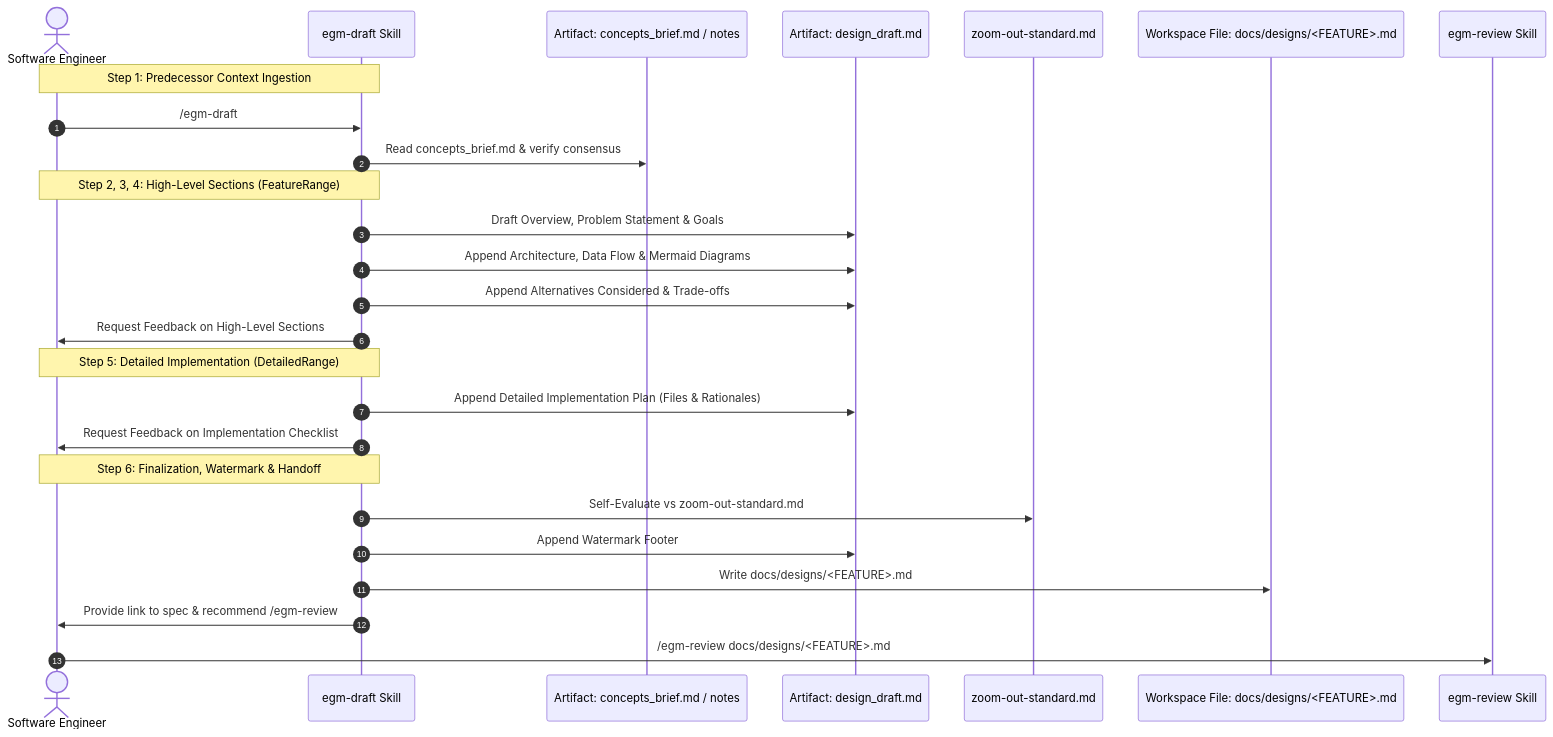
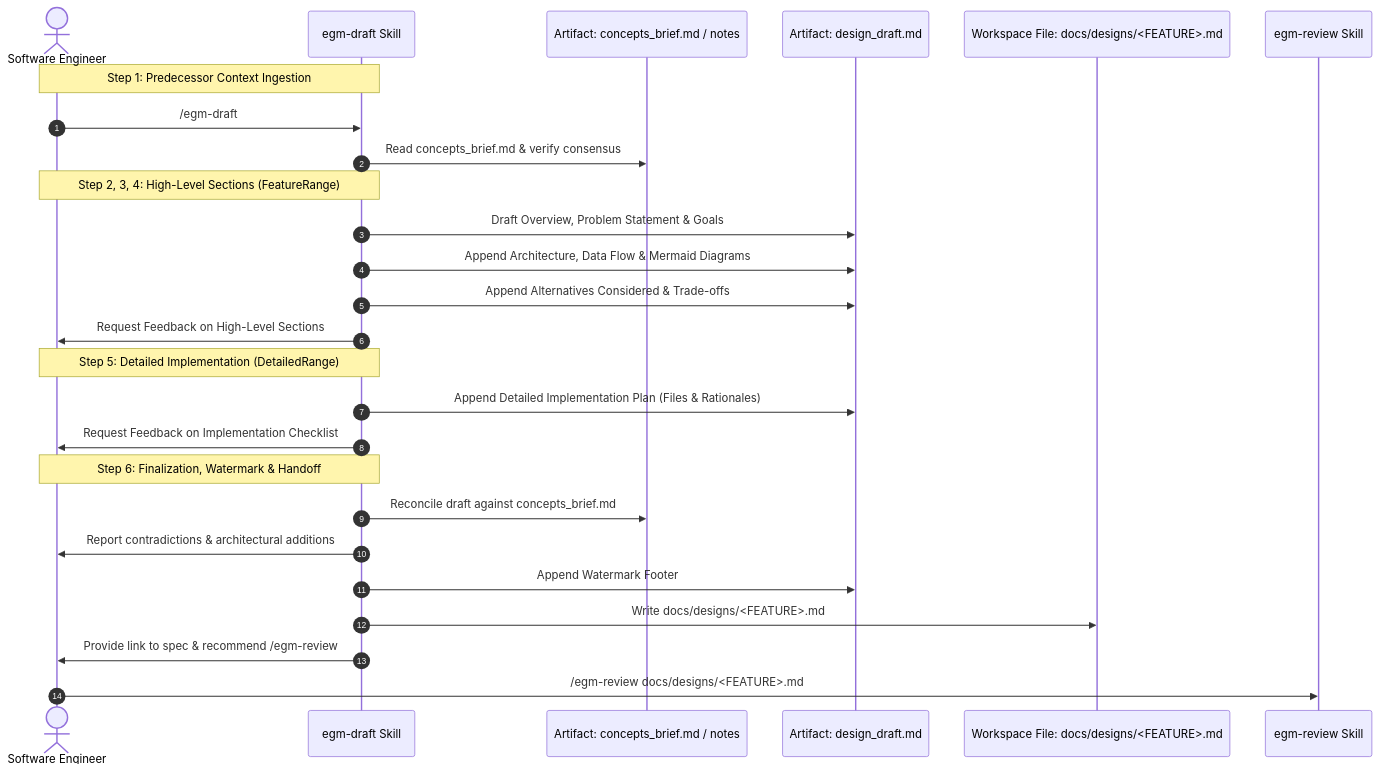
One commit to Aaravkhanal/elephant-goldfish-model changed the diagram in docs/designs/draft.md. Above: the diagram before and after it, drawn with Mermaid. The commit also changed other lines of this file and 6 other files, not shown here.

First line of the commit message:
feat(draft): compare the draft with the brief (#171)

````diff
--- a/docs/designs/draft.md
+++ b/docs/designs/draft.md
@@ -56,32 +56,32 @@
 ```mermaid
 sequenceDiagram
     autonumber
     actor Human as Software Engineer
     participant Draft as egm-draft Skill
     participant Summary as Artifact: concepts_brief.md / notes
     participant DraftArtifact as Artifact: design_draft.md
-    participant ZoomOut as zoom-out-standard.md
     participant Workspace as Workspace File: docs/designs/<FEATURE>.md
     participant Review as egm-review Skill
 
     Note over Human,Draft: Step 1: Predecessor Context Ingestion
     Human->>Draft: /egm-draft
     Draft->>Summary: Read concepts_brief.md & verify consensus
 
     Note over Human,Draft: Step 2, 3, 4: High-Level Sections (FeatureRange)
     Draft->>DraftArtifact: Draft Overview, Problem Statement & Goals
     Draft->>DraftArtifact: Append Architecture, Data Flow & Mermaid Diagrams
     Draft->>DraftArtifact: Append Alternatives Considered & Trade-offs
     Draft->>Human: Request Feedback on High-Level Sections
 
     Note over Human,Draft: Step 5: Detailed Implementation (DetailedRange)
     Draft->>DraftArtifact: Append Detailed Implementation Plan (Files & Rationales)
     Draft->>Human: Request Feedback on Implementation Checklist
 
     Note over Human,Draft: Step 6: Finalization, Watermark & Handoff
-    Draft->>ZoomOut: Self-Evaluate vs zoom-out-standard.md
+    Draft->>Summary: Reconcile draft against concepts_brief.md
+    Draft->>Human: Report contradictions & architectural additions
     Draft->>DraftArtifact: Append Watermark Footer
     Draft->>Workspace: Write docs/designs/<FEATURE>.md
     Draft->>Human: Provide link to spec & recommend /egm-review
     Human->>Review: /egm-review docs/designs/<FEATURE>.md
 ```
````
